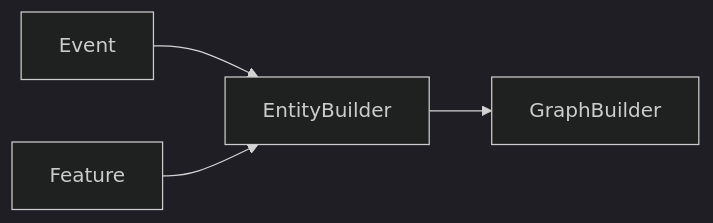
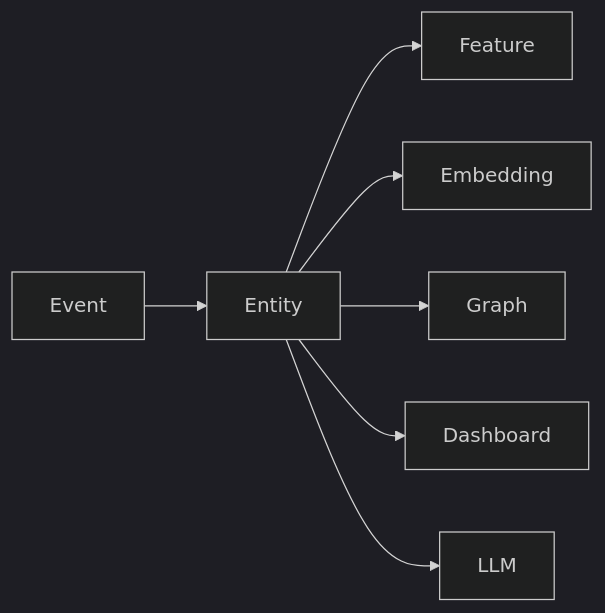
One commit to saga/Agent-Efficiency-Advisor changed the second of 4 diagrams in v7.md. Above: the diagram before and after it, drawn with Mermaid (dark theme). The commit also changed other lines of this file, not shown here.

````diff
--- a/v7.md
+++ b/v7.md
@@ -102,9 +37,10 @@
 ```mermaid
 flowchart LR
 
-Event --> EntityBuilder
-
-Feature --> EntityBuilder
-
-EntityBuilder --> GraphBuilder
+Event --> Entity
+Entity --> Feature
+Entity --> Embedding
+Entity --> Graph
+Entity --> Dashboard
+Entity --> LLM
 ```
````
